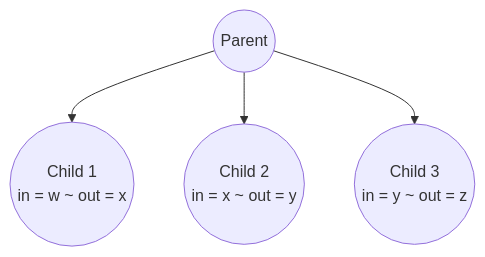
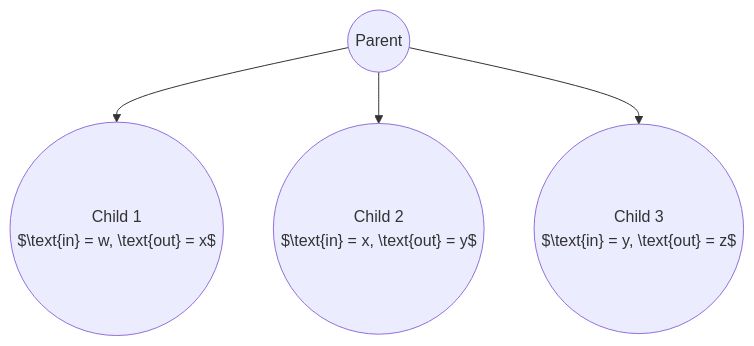
Before and after one commit to CHOYUNSIG/algorithm_with_boj: the third of 5 diagrams in _posts/2024-01-18-euler_tour_technique.md, drawn with Mermaid. The commit also changed other lines of this file and 1 other file, not shown here.

```diff
--- a/_posts/2024-01-18-euler_tour_technique.md
+++ b/_posts/2024-01-18-euler_tour_technique.md
@@ -100,14 +100,14 @@
 <pre class="mermaid">
     graph TD
         A --> B
         A --> C
         A --> D
 
     A((Parent))
     B(("Child 1
-    in = w ~ out = x"))
+    <span class="mathjax mj1">$\text{in} = w, \text{out} = x$</span>"))
     C(("Child 2
-    in = x ~ out = y"))
+    <span class="mathjax mj2">$\text{in} = x, \text{out} = y$</span>"))
     D(("Child 3
-    in = y ~ out = z"))
+    <span class="mathjax mj3">$\text{in} = y, \text{out} = z$</span>"))
 </pre>
```
